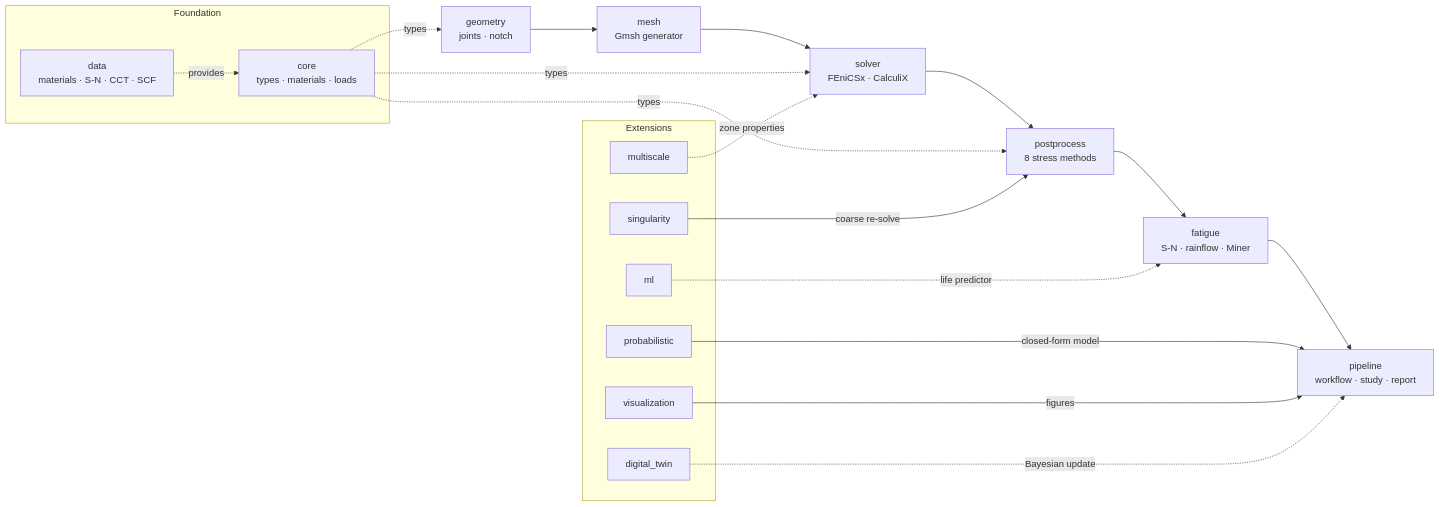
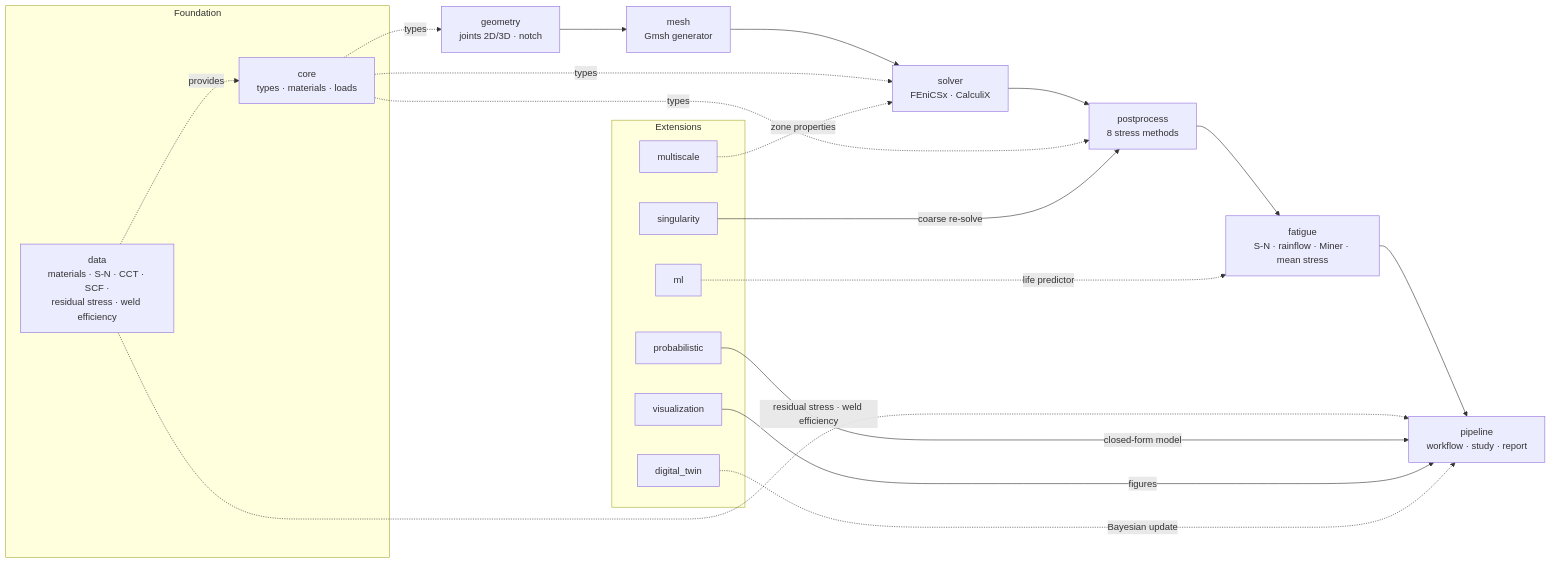
Before and after one commit to sonoransun/feaweld: the first of 5 diagrams in docs/architecture.md, drawn with Mermaid. The commit also changed other lines of this file and 92 other files, not shown here.

````diff
--- a/docs/architecture.md
+++ b/docs/architecture.md
@@ -66,34 +66,35 @@
 ```mermaid
 flowchart LR
     subgraph foundation["Foundation"]
         core["core<br/>types · materials · loads"]
-        data["data<br/>materials · S-N · CCT · SCF"]
+        data["data<br/>materials · S-N · CCT · SCF ·<br/>residual stress · weld efficiency"]
     end
 
-    geometry["geometry<br/>joints · notch"] --> mesh["mesh<br/>Gmsh generator"]
+    geometry["geometry<br/>joints 2D/3D · notch"] --> mesh["mesh<br/>Gmsh generator"]
     mesh --> solver["solver<br/>FEniCSx · CalculiX"]
     solver --> postprocess["postprocess<br/>8 stress methods"]
-    postprocess --> fatigue["fatigue<br/>S-N · rainflow · Miner"]
+    postprocess --> fatigue["fatigue<br/>S-N · rainflow · Miner · mean stress"]
     fatigue --> pipeline["pipeline<br/>workflow · study · report"]
 
     data -.->|provides| core
+    data -.->|"residual stress · weld efficiency"| pipeline
     core -.->|types| geometry
     core -.->|types| solver
     core -.->|types| postprocess
 
     subgraph extensions["Extensions"]
         singularity["singularity"]
         probabilistic["probabilistic"]
         ml["ml"]
         multiscale["multiscale"]
         digital_twin["digital_twin"]
         visualization["visualization"]
     end
 
     singularity -->|coarse re-solve| postprocess
     multiscale -.->|zone properties| solver
     probabilistic -->|closed-form model| pipeline
     ml -.->|life predictor| fatigue
     visualization -->|figures| pipeline
     digital_twin -.->|Bayesian update| pipeline
 ```
````
